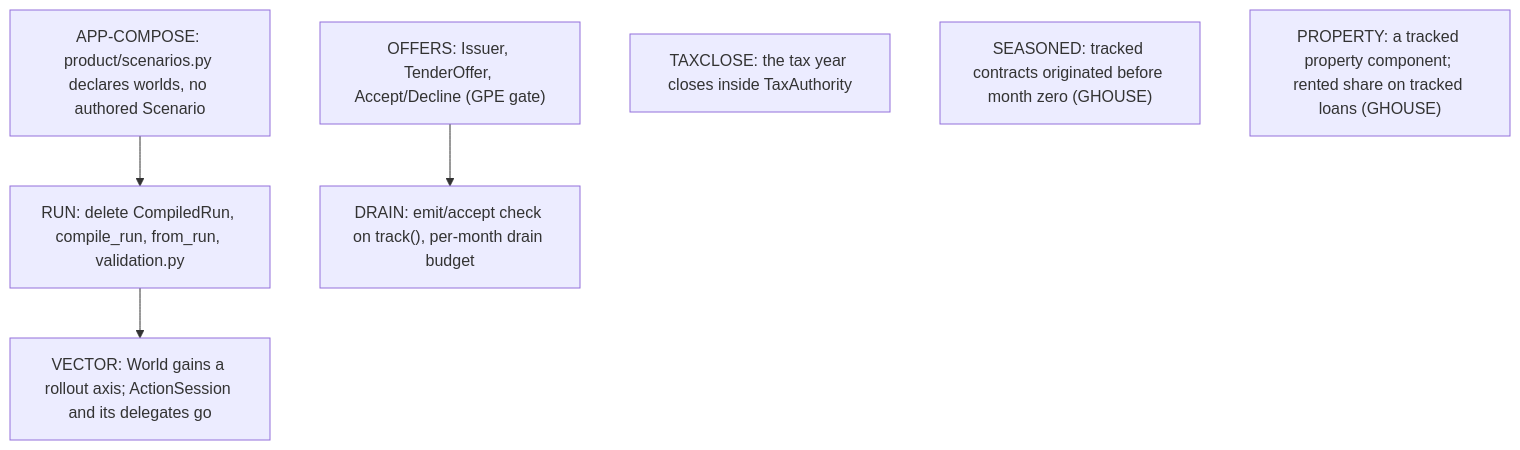
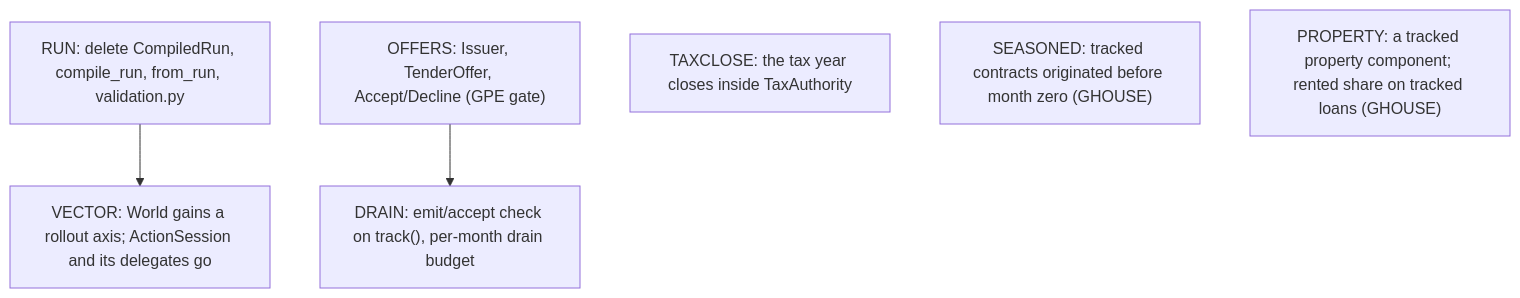
The diagram in finance/augur/plans/library_design_gates.md (agentydragon/ducktape), drawn with Mermaid before and after one commit. The commit also changed other lines of this file and 39 other files, not shown here.

First line of the commit message:
augur: the app declares its worlds; cashflows and deductions are declarations with the app's guards (#7995)

````diff
--- a/finance/augur/plans/library_design_gates.md
+++ b/finance/augur/plans/library_design_gates.md
@@ -255,14 +254,12 @@
 ```mermaid
 graph TD
-    APP_COMPOSE["APP-COMPOSE: product/scenarios.py declares worlds, no authored Scenario"]
     RUN_GONE["RUN: delete CompiledRun, compile_run, from_run, validation.py"]
     OFFERS["OFFERS: Issuer, TenderOffer, Accept/Decline (GPE gate)"]
     DRAIN["DRAIN: emit/accept check on track(), per-month drain budget"]
     TAXCLOSE["TAXCLOSE: the tax year closes inside TaxAuthority"]
     SEASONED["SEASONED: tracked contracts originated before month zero (GHOUSE)"]
     PROPERTY["PROPERTY: a tracked property component; rented share on tracked loans (GHOUSE)"]
     VECTOR["VECTOR: World gains a rollout axis; ActionSession and its delegates go"]
-    APP_COMPOSE --> RUN_GONE
     OFFERS --> DRAIN
     RUN_GONE --> VECTOR
 ```
````
